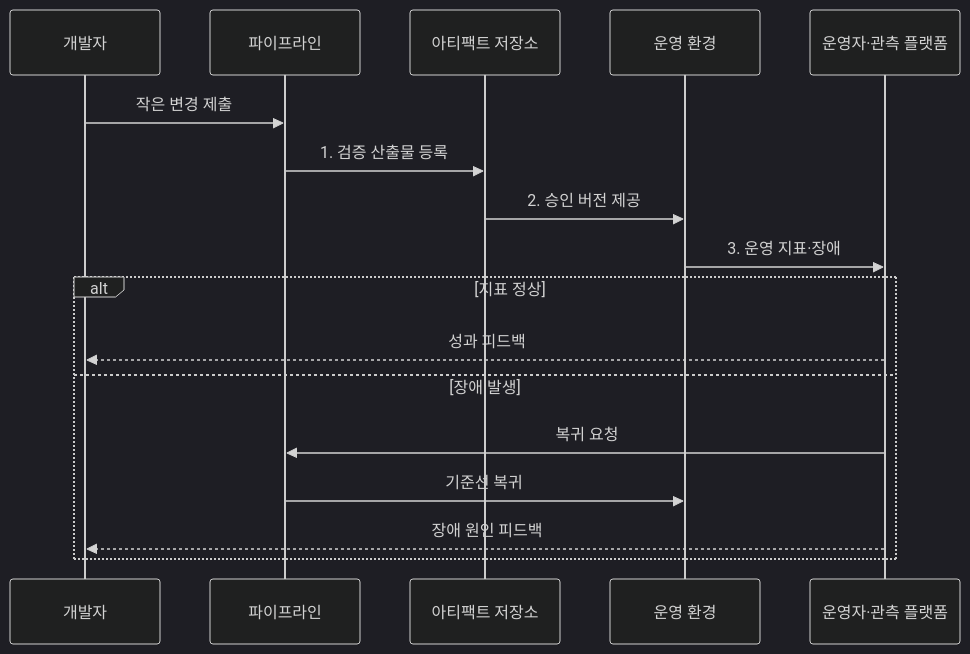
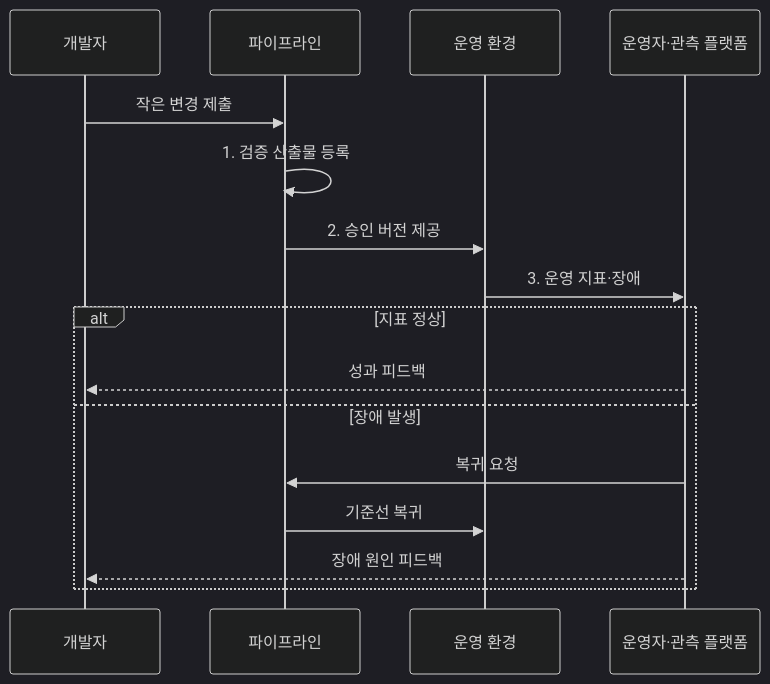
Before and after one commit to agnusdei1207/knowledge-base: the second of 2 diagrams in src/content/docs/notes/03-software/056_devops_pipeline.md, drawn with Mermaid (dark theme). The commit also changed 7 other files, not shown here.

Commit message:
Reduce software delivery diagram actors

````diff
--- a/src/content/docs/notes/03-software/056_devops_pipeline.md
+++ b/src/content/docs/notes/03-software/056_devops_pipeline.md
@@ -101,19 +101,18 @@
 ```mermaid
 sequenceDiagram
     participant D as 개발자
     participant P as 파이프라인
-    participant A as 아티팩트 저장소
     participant E as 운영 환경
     participant O as 운영자·관측 플랫폼
     D->>P: 작은 변경 제출
-    P->>A: 1. 검증 산출물 등록
-    A->>E: 2. 승인 버전 제공
+    P->>P: 1. 검증 산출물 등록
+    P->>E: 2. 승인 버전 제공
     E->>O: 3. 운영 지표·장애
     alt 지표 정상
         O-->>D: 성과 피드백
     else 장애 발생
         O->>P: 복귀 요청
         P->>E: 기준선 복귀
         O-->>D: 장애 원인 피드백
     end
 ```
````
